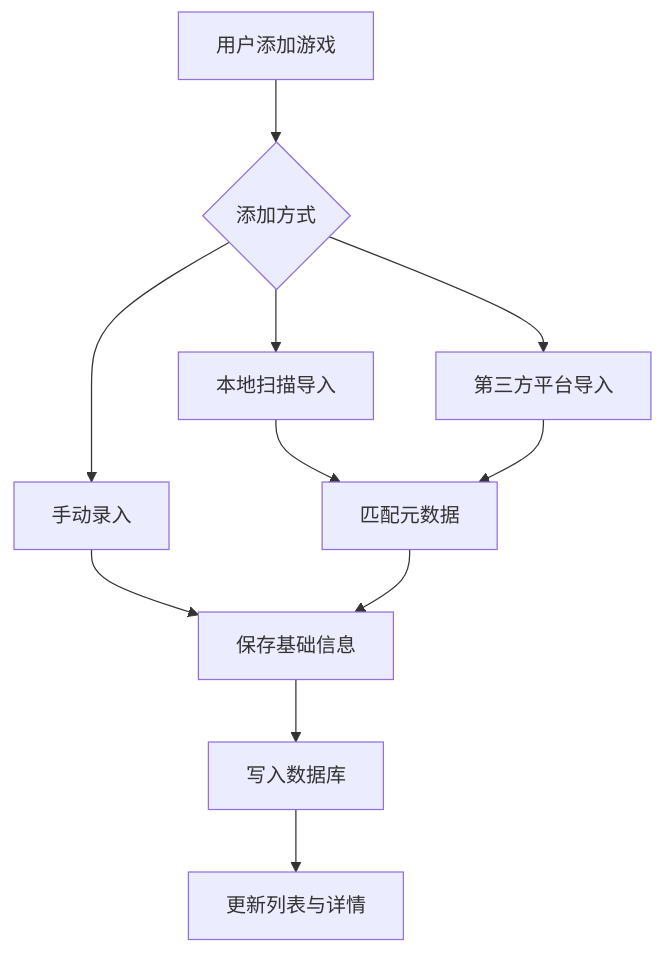
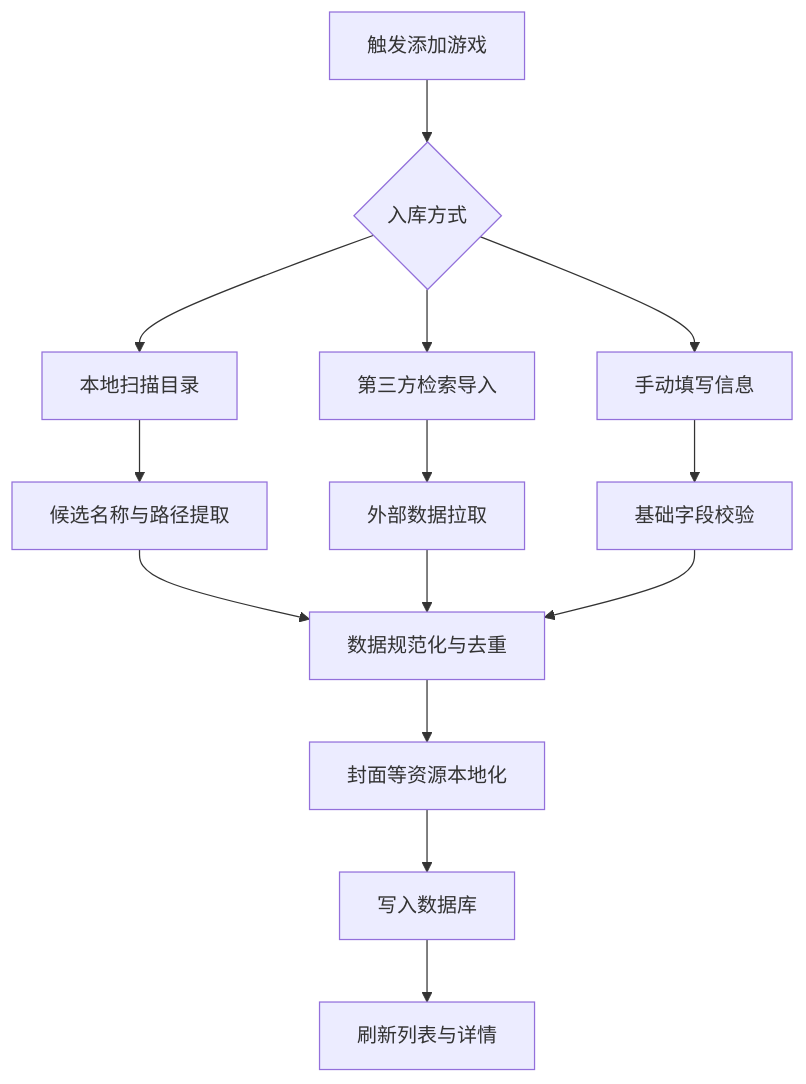
Before and after one commit to Halory-Ito/vnweb: the second of 11 diagrams in 毕业设计论文.md, drawn with Mermaid. The commit also changed other lines of this file and 47 other files, not shown here.

````diff
--- a/毕业设计论文.md
+++ b/毕业设计论文.md
@@ -118,13 +240,16 @@
 ```mermaid
 flowchart TD
-  A[用户添加游戏] --> B{添加方式}
-  B --> C[本地扫描导入]
-  B --> D[第三方平台导入]
-  B --> E[手动录入]
-  C --> F[匹配元数据]
-  D --> F
-  E --> G[保存基础信息]
-  F --> G
-  G --> H[写入数据库]
-  H --> I[更新列表与详情]
+  A[触发添加游戏] --> B{入库方式}
+  B --> C[本地扫描目录]
+  B --> D[第三方检索导入]
+  B --> E[手动填写信息]
+  C --> F[候选名称与路径提取]
+  D --> G[外部数据拉取]
+  E --> H[基础字段校验]
+  F --> I[数据规范化与去重]
+  G --> I
+  H --> I
+  I --> J[封面等资源本地化]
+  J --> K[写入数据库]
+  K --> L[刷新列表与详情]
 ```
````
